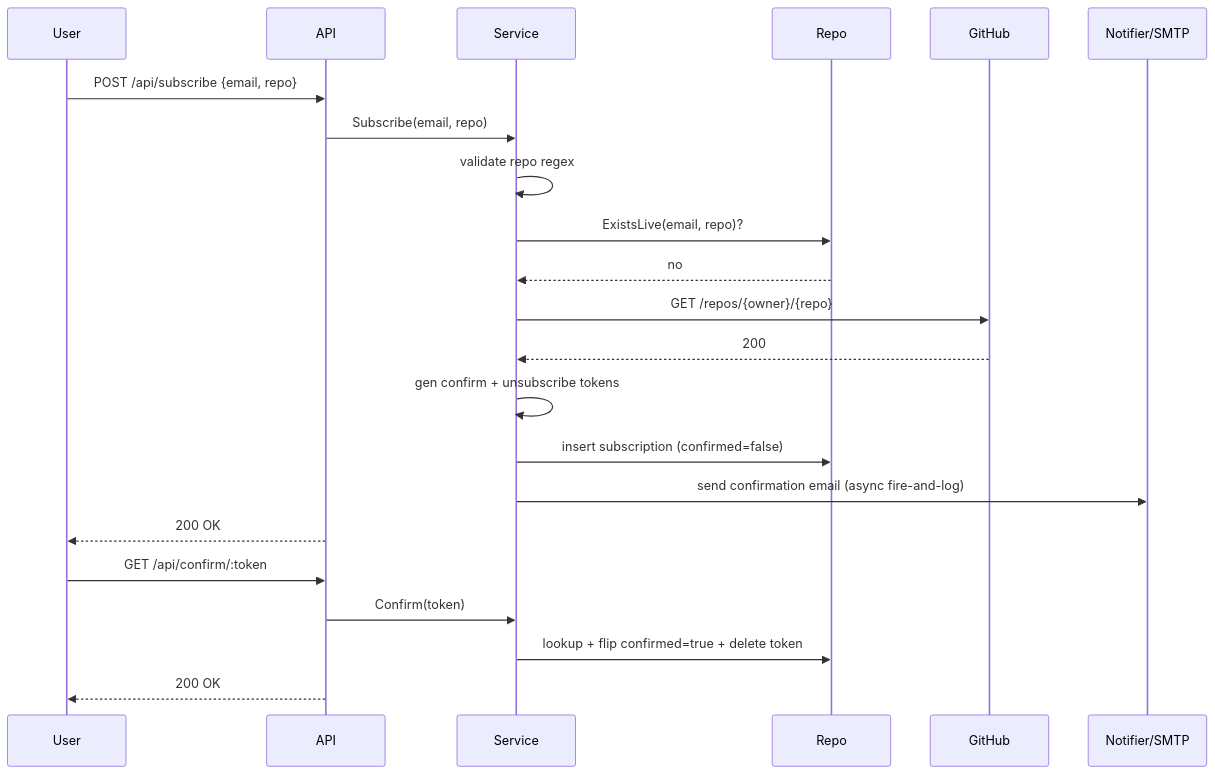
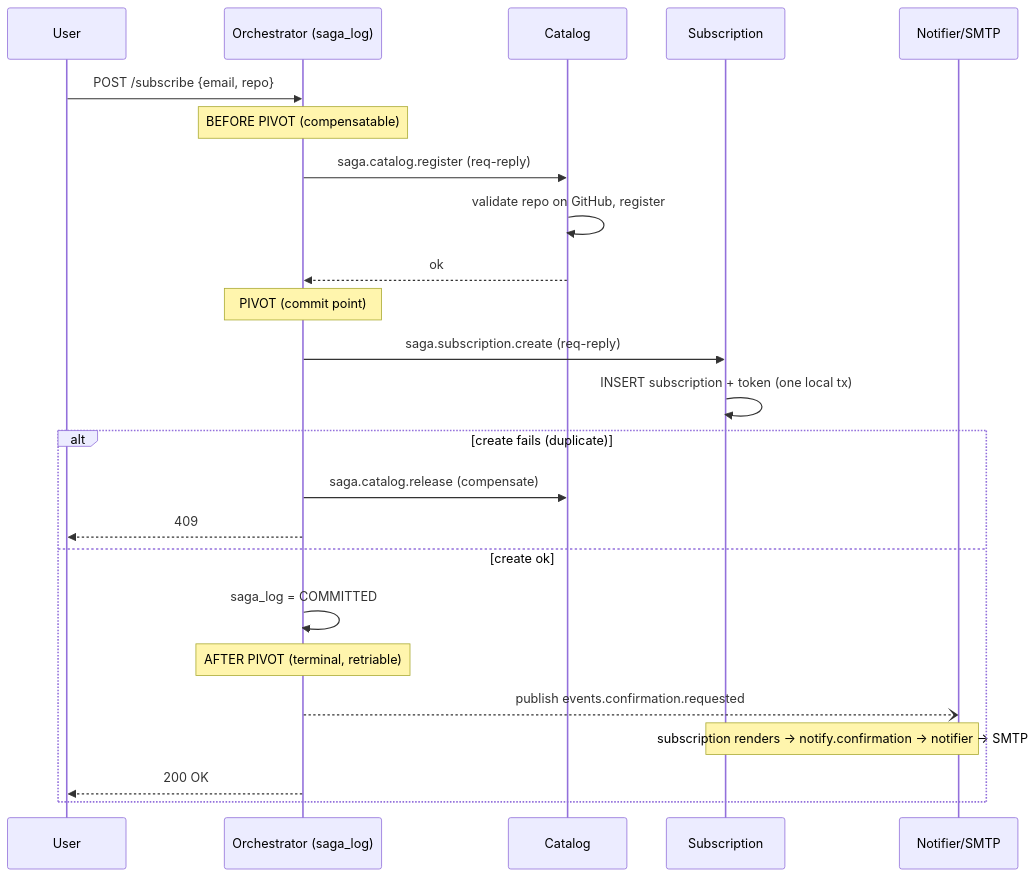
Before and after one commit to GenesisEducationKyiv/software-engineering-school-6-0-Andriy-Sydorenko: the second of 4 diagrams in docs/system-design.md, drawn with Mermaid. The commit also changed other lines of this file and 9 other files, not shown here.

````diff
--- a/docs/system-design.md
+++ b/docs/system-design.md
@@ -130,26 +203,27 @@
 ```mermaid
 sequenceDiagram
     participant U as User
-    participant API
-    participant Svc as Service
-    participant Repo
-    participant GH as GitHub
-    participant Mail as Notifier/SMTP
+    participant O as Orchestrator (saga_log)
+    participant C as Catalog
+    participant S as Subscription
+    participant N as Notifier/SMTP
 
-    U->>API: POST /api/subscribe {email, repo}
-    API->>Svc: Subscribe(email, repo)
-    Svc->>Svc: validate repo regex
-    Svc->>Repo: ExistsLive(email, repo)?
-    Repo-->>Svc: no
-    Svc->>GH: GET /repos/{owner}/{repo}
-    GH-->>Svc: 200
-    Svc->>Svc: gen confirm + unsubscribe tokens
-    Svc->>Repo: insert subscription (confirmed=false)
-    Svc->>Mail: send confirmation email (async fire-and-log)
-    API-->>U: 200 OK
-
-    U->>API: GET /api/confirm/:token
-    API->>Svc: Confirm(token)
-    Svc->>Repo: lookup + flip confirmed=true + delete token
-    API-->>U: 200 OK
+    U->>O: POST /subscribe {email, repo}
+    Note over O: BEFORE PIVOT (compensatable)
+    O->>C: saga.catalog.register (req-reply)
+    C->>C: validate repo on GitHub, register
+    C-->>O: ok
+    Note over O: PIVOT (commit point)
+    O->>S: saga.subscription.create (req-reply)
+    S->>S: INSERT subscription + token (one local tx)
+    alt create fails (duplicate)
+      O->>C: saga.catalog.release (compensate)
+      O-->>U: 409
+    else create ok
+      O->>O: saga_log = COMMITTED
+      Note over O: AFTER PIVOT (terminal, retriable)
+      O--)N: publish events.confirmation.requested
+      Note over S,N: subscription renders → notify.confirmation → notifier → SMTP
+      O-->>U: 200 OK
+    end
 ```
````
